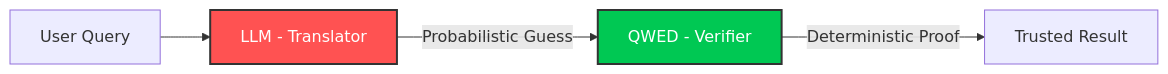
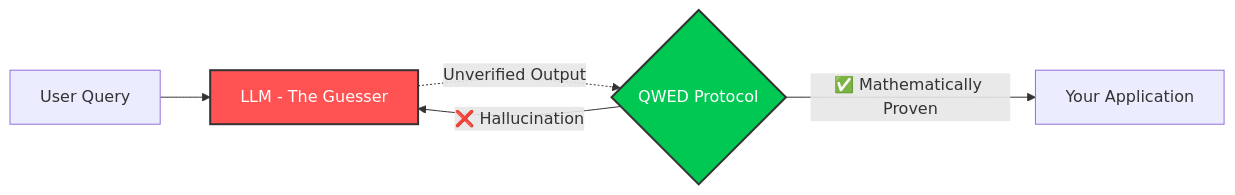
The diagram in README.md (QWED-AI/qwed-verification), drawn with Mermaid before and after one commit. The commit also changed other lines of this file, not shown here.

````diff
--- a/README.md
+++ b/README.md
@@ -65,8 +43,10 @@
 ```mermaid
 graph LR
-    User[User Query] --> LLM[LLM - Translator]
-    LLM -->|Probabilistic Guess| QWED[QWED - Verifier]
-    QWED -->|Deterministic Proof| Result[Trusted Result]
+    User[User Query] --> LLM[LLM - The Guesser]
+    LLM -.->|Unverified Output| QWED{QWED Protocol}
+    QWED -->|❌ Hallucination| LLM
+    QWED -->|✅ Mathematically Proven| App[Your Application]
+    
     style QWED fill:#00C853,stroke:#333,stroke-width:2px,color:white
     style LLM fill:#FF5252,stroke:#333,stroke-width:2px,color:white
 ```
````
